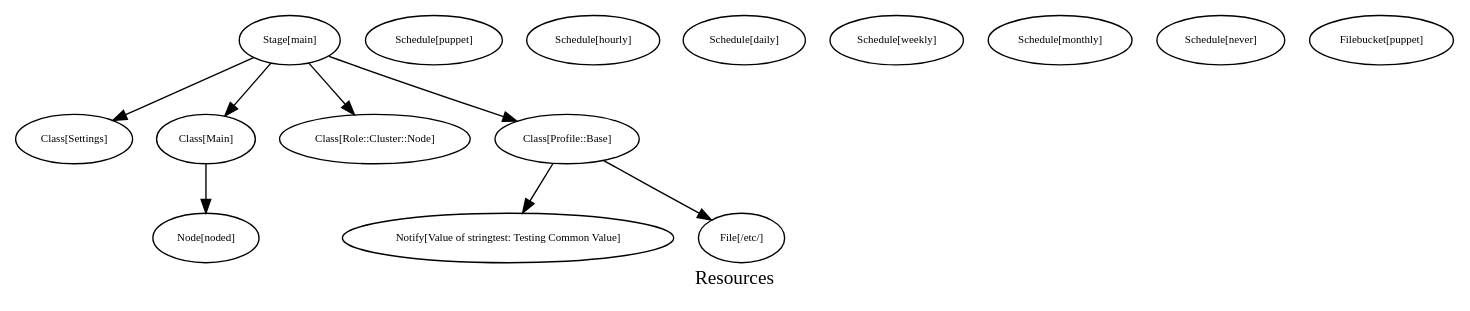
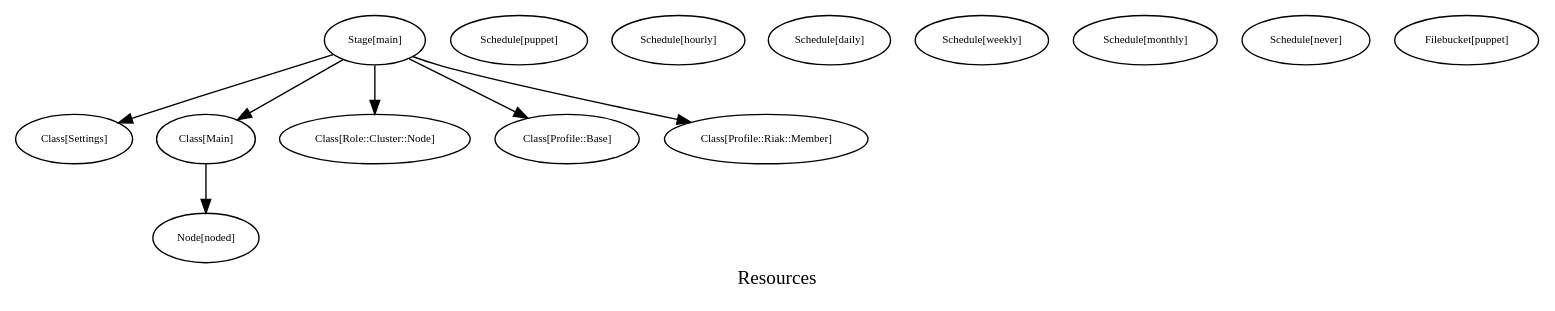
One commit to glickbot/riak-cs-puppet-vagrant changed the diagram in puppet/graphs/node3/resources.dot. Above: the diagram before and after it, drawn with Graphviz. The commit also changed 20 other files, not shown here.

```diff
--- a/puppet/graphs/node3/resources.dot
+++ b/puppet/graphs/node3/resources.dot
@@ -1,106 +1,97 @@
 digraph Resources {
     label = "Resources"
     "Stage[main]" [
         fontsize = 8,
         label = "Stage[main]"
     ]
 
     "Class[Settings]" [
         fontsize = 8,
         label = "Class[Settings]"
     ]
 
     "Class[Main]" [
         fontsize = 8,
         label = "Class[Main]"
     ]
 
     "Node[noded]" [
         fontsize = 8,
         label = "Node[noded]"
     ]
 
     "Class[Role::Cluster::Node]" [
         fontsize = 8,
         label = "Class[Role::Cluster::Node]"
     ]
 
     "Class[Profile::Base]" [
         fontsize = 8,
         label = "Class[Profile::Base]"
     ]
 
-    "Notify[Value of stringtest: Testing Common Value]" [
+    "Class[Profile::Riak::Member]" [
         fontsize = 8,
-        label = "Notify[Value of stringtest: Testing Common Value]"
-    ]
-
-    "File[/etc/]" [
-        fontsize = 8,
-        label = "File[/etc/]"
+        label = "Class[Profile::Riak::Member]"
     ]
 
     "Schedule[puppet]" [
         fontsize = 8,
         label = "Schedule[puppet]"
     ]
 
     "Schedule[hourly]" [
         fontsize = 8,
         label = "Schedule[hourly]"
     ]
 
     "Schedule[daily]" [
         fontsize = 8,
         label = "Schedule[daily]"
     ]
 
     "Schedule[weekly]" [
         fontsize = 8,
         label = "Schedule[weekly]"
     ]
 
     "Schedule[monthly]" [
         fontsize = 8,
         label = "Schedule[monthly]"
     ]
 
     "Schedule[never]" [
         fontsize = 8,
         label = "Schedule[never]"
     ]
 
     "Filebucket[puppet]" [
         fontsize = 8,
         label = "Filebucket[puppet]"
     ]
 
     "Stage[main]" -> "Class[Settings]" [
         fontsize = 8
     ]
 
     "Stage[main]" -> "Class[Main]" [
         fontsize = 8
     ]
 
     "Class[Main]" -> "Node[noded]" [
         fontsize = 8
     ]
 
     "Stage[main]" -> "Class[Role::Cluster::Node]" [
         fontsize = 8
     ]
 
     "Stage[main]" -> "Class[Profile::Base]" [
         fontsize = 8
     ]
 
-    "Class[Profile::Base]" -> "Notify[Value of stringtest: Testing Common Value]" [
-        fontsize = 8
-    ]
-
-    "Class[Profile::Base]" -> "File[/etc/]" [
+    "Stage[main]" -> "Class[Profile::Riak::Member]" [
         fontsize = 8
     ]
 
 }
```
